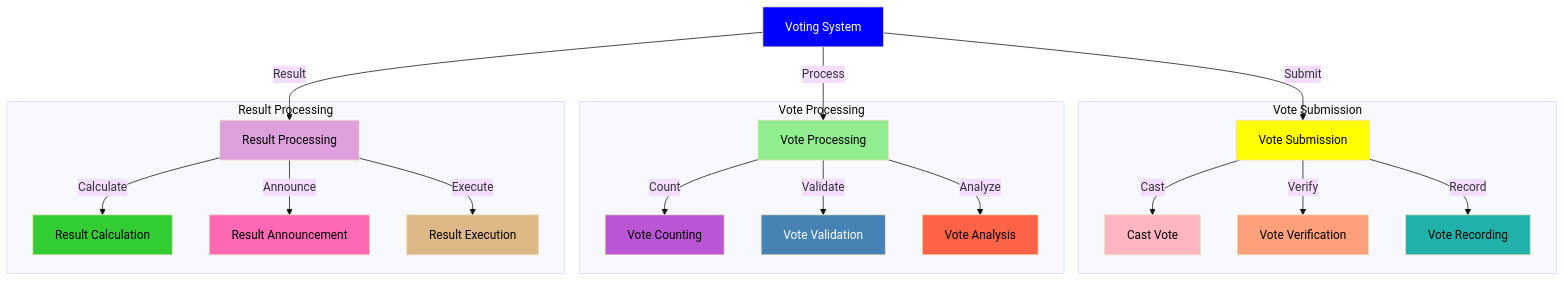
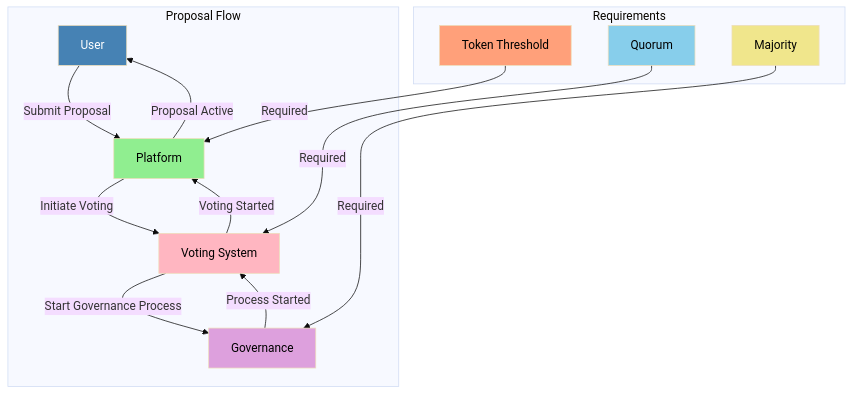
Before and after one commit to MEMEFANS/memefans: the fourth of 6 diagrams in docs/whitepaper/governance.md, drawn with Mermaid (base theme). The commit also changed other lines of this file and 2 other files, not shown here.

Commit message:
fix: update mermaid diagrams to use standard graph TD format with improved styles

````diff
--- a/docs/whitepaper/governance.md
+++ b/docs/whitepaper/governance.md
@@ -132,38 +120,25 @@
 ```mermaid
 graph TD
-    A[Voting System] -->|Submit| B[Vote Submission]
-    A -->|Process| C[Vote Processing]
-    A -->|Result| D[Result Processing]
-    
-    subgraph Vote Submission
-    B -->|Cast| E[Cast Vote]
-    B -->|Verify| F[Vote Verification]
-    B -->|Record| G[Vote Recording]
+    subgraph Proposal Flow
+        U[User] -->|Submit Proposal| P[Platform]
+        P -->|Initiate Voting| V[Voting System]
+        V -->|Start Governance Process| G[Governance]
+        G -->|Process Started| V
+        V -->|Voting Started| P
+        P -->|Proposal Active| U
     end
     
-    subgraph Vote Processing
-    C -->|Count| H[Vote Counting]
-    C -->|Validate| I[Vote Validation]
-    C -->|Analyze| J[Vote Analysis]
+    subgraph Requirements
+        T[Token Threshold] -->|Required| P
+        Q[Quorum] -->|Required| V
+        M[Majority] -->|Required| G
     end
     
-    subgraph Result Processing
-    D -->|Calculate| K[Result Calculation]
-    D -->|Announce| L[Result Announcement]
-    D -->|Execute| M[Result Execution]
-    end
-    
-    style A fill:#0000FF,color:#FFFFFF
-    style B fill:#FFFF00,color:#000000
-    style C fill:#90EE90,color:#000000
-    style D fill:#DDA0DD,color:#000000
-    style E fill:#FFB6C1,color:#000000
-    style F fill:#FFA07A,color:#000000
-    style G fill:#20B2AA,color:#000000
-    style H fill:#BA55D3,color:#000000
-    style I fill:#4682B4,color:#FFFFFF
-    style J fill:#FF6347,color:#000000
-    style K fill:#32CD32,color:#000000
-    style L fill:#FF69B4,color:#000000
-    style M fill:#DEB887,color:#000000
+    style U fill:#4682B4,color:#FFFFFF
+    style P fill:#90EE90,color:#000000
+    style V fill:#FFB6C1,color:#000000
+    style G fill:#DDA0DD,color:#000000
+    style T fill:#FFA07A,color:#000000
+    style Q fill:#87CEEB,color:#000000
+    style M fill:#F0E68C,color:#000000
 ```
````
